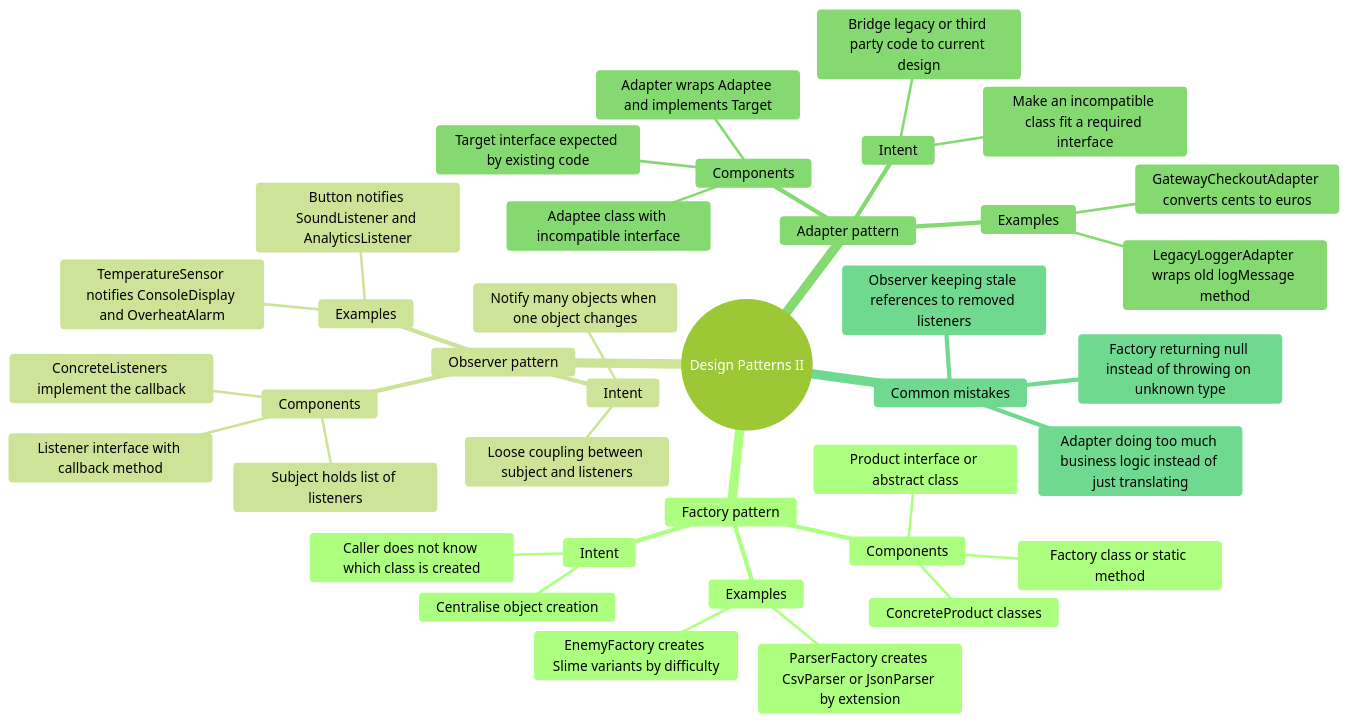
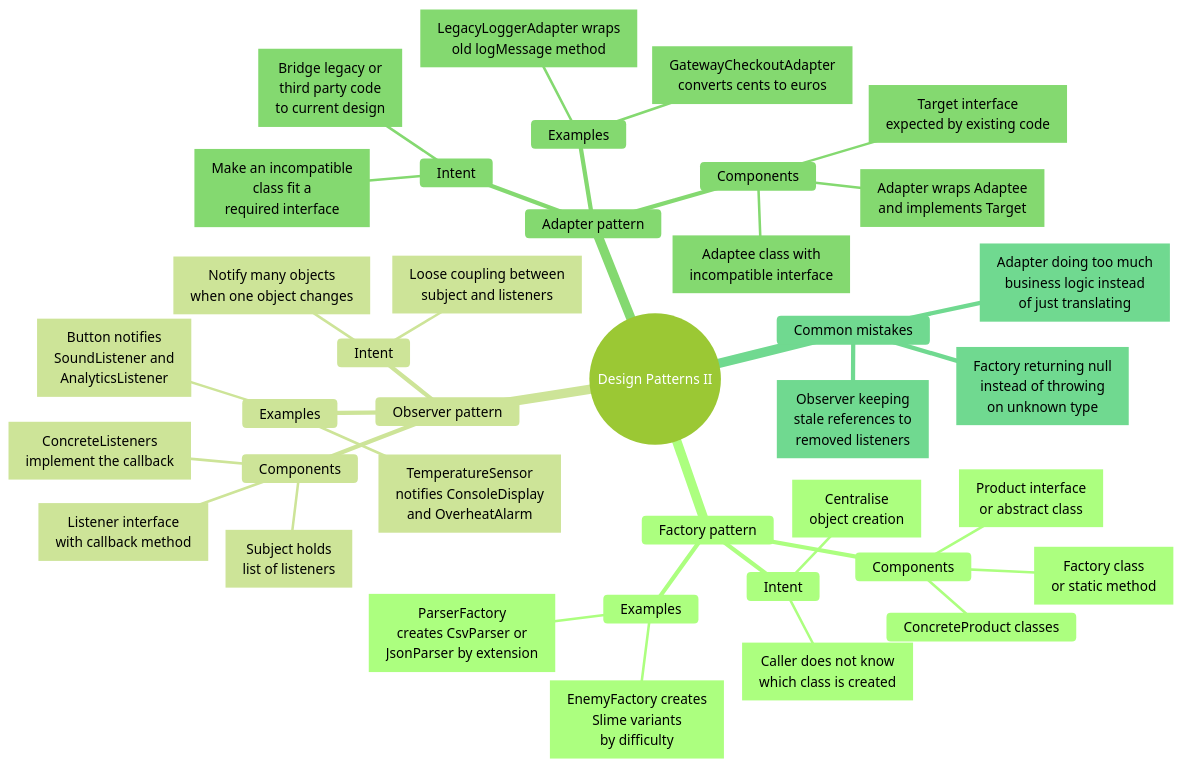
The fifth of 13 diagrams in notes/shared/mind maps/revision_t10_t22.md (nmcguinness/L8-OOP-Module-Content), drawn with Mermaid before and after one commit. The commit also changed other lines of this file and 421 other files, not shown here.

Commit message:
Updated mermaid diagrams and note layout for topics 9-24.

````diff
--- a/notes/shared/mind maps/revision_t10_t22.md
+++ b/notes/shared/mind maps/revision_t10_t22.md
@@ -601,49 +719,81 @@
 ```mermaid
 ---
 title: "Design Patterns II"
 accDescr: "Mind map of Design Patterns II. Branches: Factory pattern; Observer pattern; Adapter pattern; Common mistakes."
 ---
-%%{init: { "theme": "forest" }}%%
+%%{init: { "theme": "forest", "markdownAutoWrap": false, "mindmap": { "maxNodeWidth": 300 } }}%%
 mindmap
   root((Design Patterns II))
     Factory pattern
       Intent
-        Centralise object creation
-        Caller does not know which class is created
+        n1["`Centralise
+        object creation`"]
+        n2["`Caller does not know
+        which class is created`"]
       Components
-        Factory class or static method
-        Product interface or abstract class
+        n3["`Factory class
+        or static method`"]
+        n4["`Product interface
+        or abstract class`"]
         ConcreteProduct classes
       Examples
-        ParserFactory creates CsvParser or JsonParser by extension
-        EnemyFactory creates Slime variants by difficulty
+        n5["`ParserFactory
+        creates CsvParser or
+        JsonParser by extension`"]
+        n6["`EnemyFactory creates
+        Slime variants
+        by difficulty`"]
 
     Observer pattern
       Intent
-        Notify many objects when one object changes
-        Loose coupling between subject and listeners
+        n7["`Notify many objects
+        when one object changes`"]
+        n8["`Loose coupling between
+        subject and listeners`"]
       Components
-        Subject holds list of listeners
-        Listener interface with callback method
-        ConcreteListeners implement the callback
+        n9["`Subject holds
+        list of listeners`"]
+        n10["`Listener interface
+        with callback method`"]
+        n11["`ConcreteListeners
+        implement the callback`"]
       Examples
-        Button notifies SoundListener and AnalyticsListener
-        TemperatureSensor notifies ConsoleDisplay and OverheatAlarm
+        n12["`Button notifies
+        SoundListener and
+        AnalyticsListener`"]
+        n13["`TemperatureSensor
+        notifies ConsoleDisplay
+        and OverheatAlarm`"]
 
     Adapter pattern
       Intent
-        Make an incompatible class fit a required interface
-        Bridge legacy or third party code to current design
+        n14["`Make an incompatible
+        class fit a
+        required interface`"]
+        n15["`Bridge legacy or
+        third party code
+        to current design`"]
       Components
-        Target interface expected by existing code
-        Adaptee class with incompatible interface
-        Adapter wraps Adaptee and implements Target
+        n16["`Target interface
+        expected by existing code`"]
+        n17["`Adaptee class with
+        incompatible interface`"]
+        n18["`Adapter wraps Adaptee
+        and implements Target`"]
       Examples
-        LegacyLoggerAdapter wraps old logMessage method
-        GatewayCheckoutAdapter converts cents to euros
+        n19["`LegacyLoggerAdapter wraps
+        old logMessage method`"]
+        n20["`GatewayCheckoutAdapter
+        converts cents to euros`"]
 
     Common mistakes
-      Factory returning null instead of throwing on unknown type
-      Observer keeping stale references to removed listeners
-      Adapter doing too much business logic instead of just translating
+      n21["`Factory returning null
+      instead of throwing
+      on unknown type`"]
+      n22["`Observer keeping
+      stale references to
+      removed listeners`"]
+      n23["`Adapter doing too much
+      business logic instead
+      of just translating`"]
 ```
````
